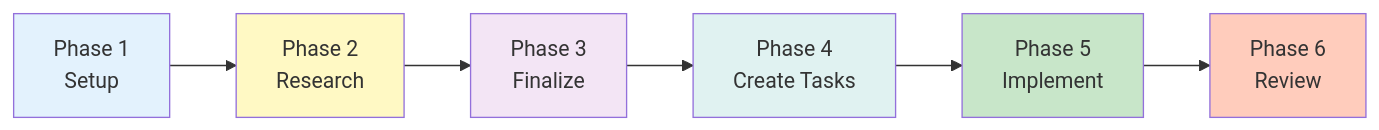
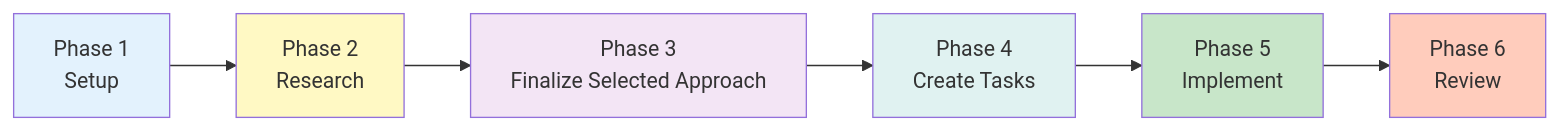
The first of 2 diagrams in website/docs/component-reference/skills/structured-plan-mode.mdx (NikiforovAll/claude-code-rules), drawn with Mermaid before and after one commit. The commit also changed other lines of this file and 2 other files, not shown here.

````diff
--- a/website/docs/component-reference/skills/structured-plan-mode.mdx
+++ b/website/docs/component-reference/skills/structured-plan-mode.mdx
@@ -18,15 +18,15 @@
 ```mermaid
 graph LR
     P1[Phase 1<br/>Setup] --> P2[Phase 2<br/>Research]
-    P2 --> P3[Phase 3<br/>Finalize]
+    P2 --> P3[Phase 3<br/>Finalize Selected Approach]
     P3 --> P4[Phase 4<br/>Create Tasks]
     P4 --> P5[Phase 5<br/>Implement]
     P5 --> P6[Phase 6<br/>Review]
 
     style P1 fill:#e3f2fd
     style P2 fill:#fff9c4
     style P3 fill:#f3e5f5
     style P4 fill:#e0f2f1
     style P5 fill:#c8e6c9
     style P6 fill:#ffccbc
 ```
````
